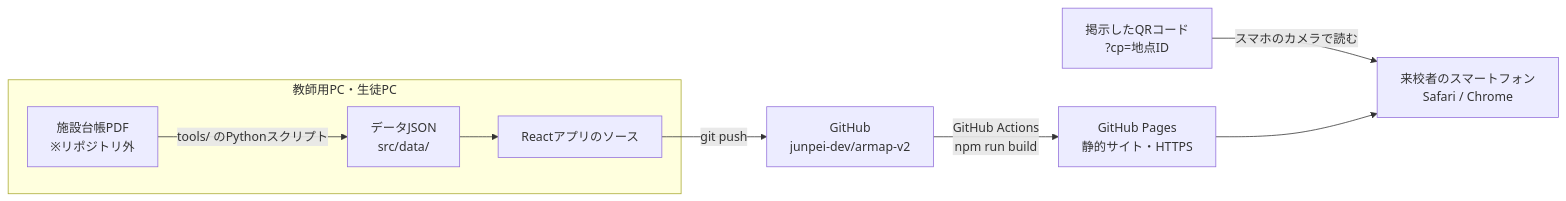
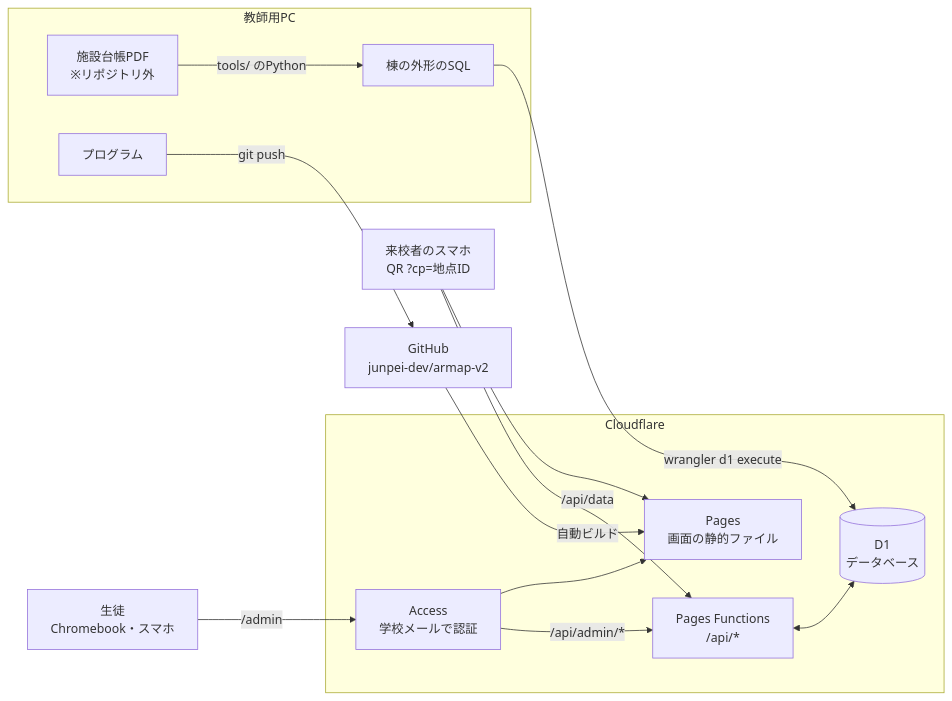
Before and after one commit to junpei-dev/armap-v2: the first of 3 diagrams in docs/02_設計書.md, drawn with Mermaid. The commit also changed other lines of this file and 3 other files, not shown here.

````diff
--- a/docs/02_設計書.md
+++ b/docs/02_設計書.md
@@ -26,11 +31,21 @@
 ```mermaid
 flowchart LR
-  subgraph 開発[教師用PC・生徒PC]
-    PDF[施設台帳PDF<br>※リポジトリ外] -->|tools/ のPythonスクリプト| JSON[データJSON<br>src/data/]
-    JSON --> SRC[Reactアプリのソース]
+  subgraph 教師用PC
+    PDF[施設台帳PDF<br>※リポジトリ外] -->|tools/ のPython| SEED[棟の外形のSQL]
+    CODE[プログラム]
   end
-  SRC -->|git push| GH[GitHub<br>junpei-dev/armap-v2]
-  GH -->|GitHub Actions<br>npm run build| PAGES[GitHub Pages<br>静的サイト・HTTPS]
-  QR[掲示したQRコード<br>?cp=地点ID] -->|スマホのカメラで読む| PHONE[来校者のスマートフォン<br>Safari / Chrome]
-  PAGES --> PHONE
+  CODE -->|git push| GH[GitHub<br>junpei-dev/armap-v2]
+  GH -->|自動ビルド| PAGES
+  SEED -->|wrangler d1 execute| D1
+  subgraph CF[Cloudflare]
+    PAGES[Pages<br>画面の静的ファイル]
+    FN[Pages Functions<br>/api/*]
+    D1[(D1<br>データベース)]
+    ACC[Access<br>学校メールで認証]
+    FN <--> D1
+  end
+  STU[生徒<br>Chromebook・スマホ] -->|/admin| ACC --> PAGES
+  ACC -->|/api/admin/*| FN
+  VIS[来校者のスマホ<br>QR ?cp=地点ID] --> PAGES
+  VIS -->|/api/data| FN
 ```
````
